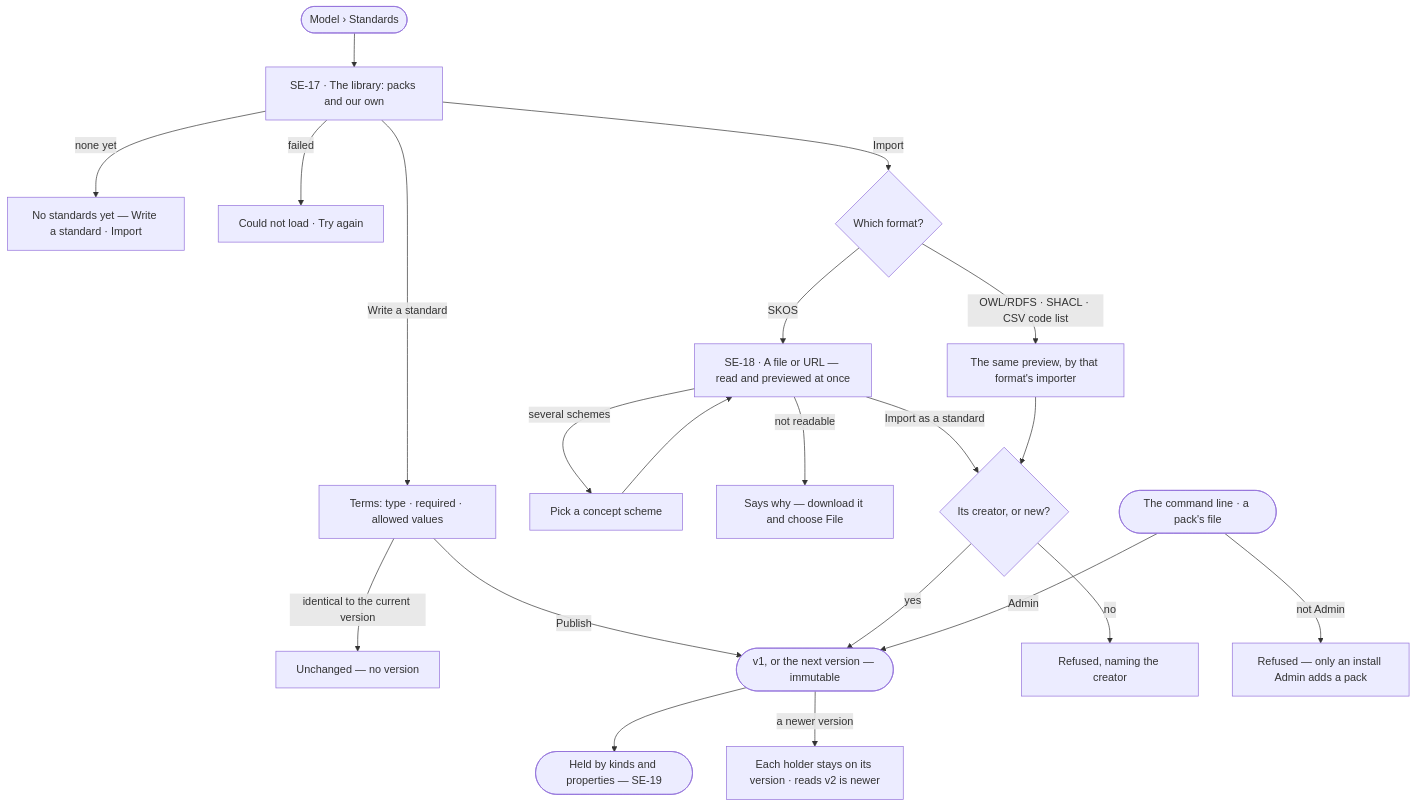
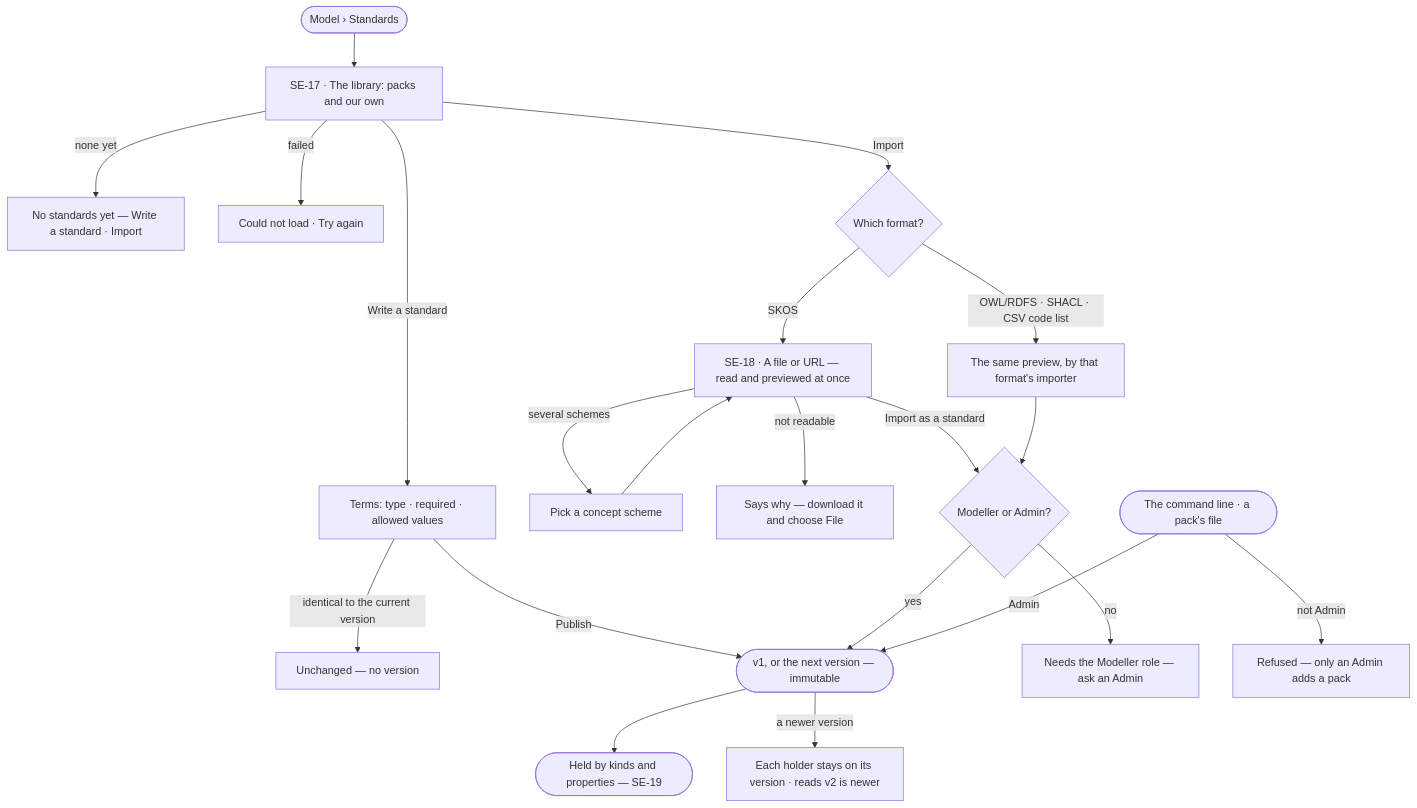
The diagram in specs/capabilities/semantics/features/SE-F05-standards/feature.md (invana/invana), drawn with Mermaid before and after one commit. The commit also changed other lines of this file and 300 other files, not shown here.

````diff
--- a/specs/capabilities/semantics/features/SE-F05-standards/feature.md
+++ b/specs/capabilities/semantics/features/SE-F05-standards/feature.md
@@ -23,22 +23,22 @@
 ```mermaid
 flowchart TD
   start([Model › Standards]) --> lib["SE-17 · The library: packs and our own"]
   lib -->|none yet| l0["No standards yet — Write a standard · Import"]
   lib -->|failed| lx["Could not load · Try again"]
   lib -->|Write a standard| w["Terms: type · required · allowed values"]
   w -->|identical to the current version| wu["Unchanged — no version"]
   w -->|Publish| sv(["v1, or the next version — immutable"])
   lib -->|Import| fmt{Which format?}
   fmt -->|SKOS| sk["SE-18 · A file or URL — read and previewed at once"]
   fmt -->|OWL/RDFS · SHACL · CSV code list| ot["The same preview, by that format's importer"]
   sk -->|several schemes| pk["Pick a concept scheme"] --> sk
   sk -->|not readable| skx["Says why — download it and choose File"]
-  sk -->|Import as a standard| own{Its creator, or new?}
+  sk -->|Import as a standard| own{Modeller or Admin?}
   ot --> own
-  own -->|no| ox["Refused, naming the creator"]
+  own -->|no| ox["Needs the Modeller role — ask an Admin"]
   own -->|yes| sv
   cli([The command line · a pack's file]) -->|Admin| sv
-  cli -->|not Admin| px["Refused — only an install Admin adds a pack"]
+  cli -->|not Admin| px["Refused — only an Admin adds a pack"]
   sv --> held(["Held by kinds and properties — SE-19"])
   sv -->|a newer version| pin["Each holder stays on its version · reads v2 is newer"]
 ```
````
